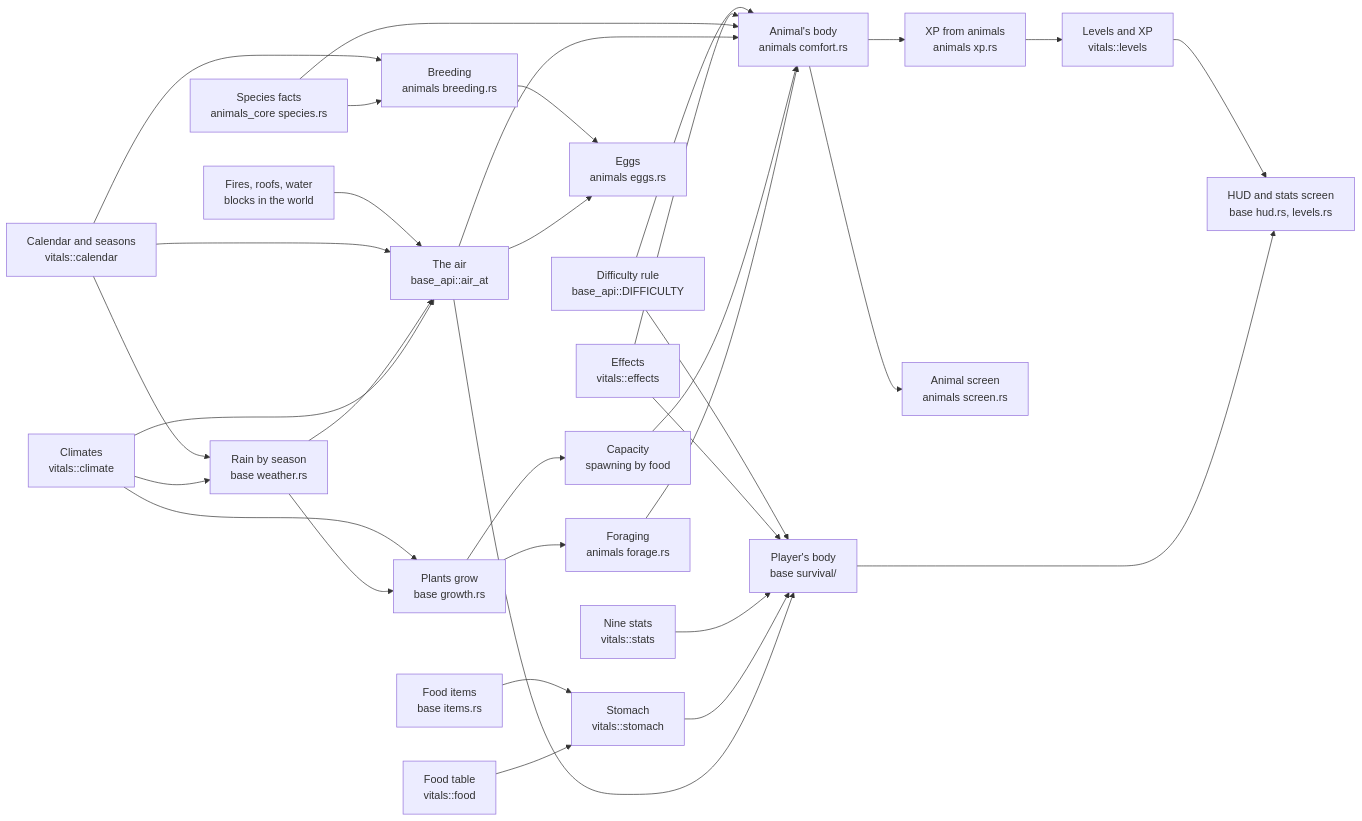
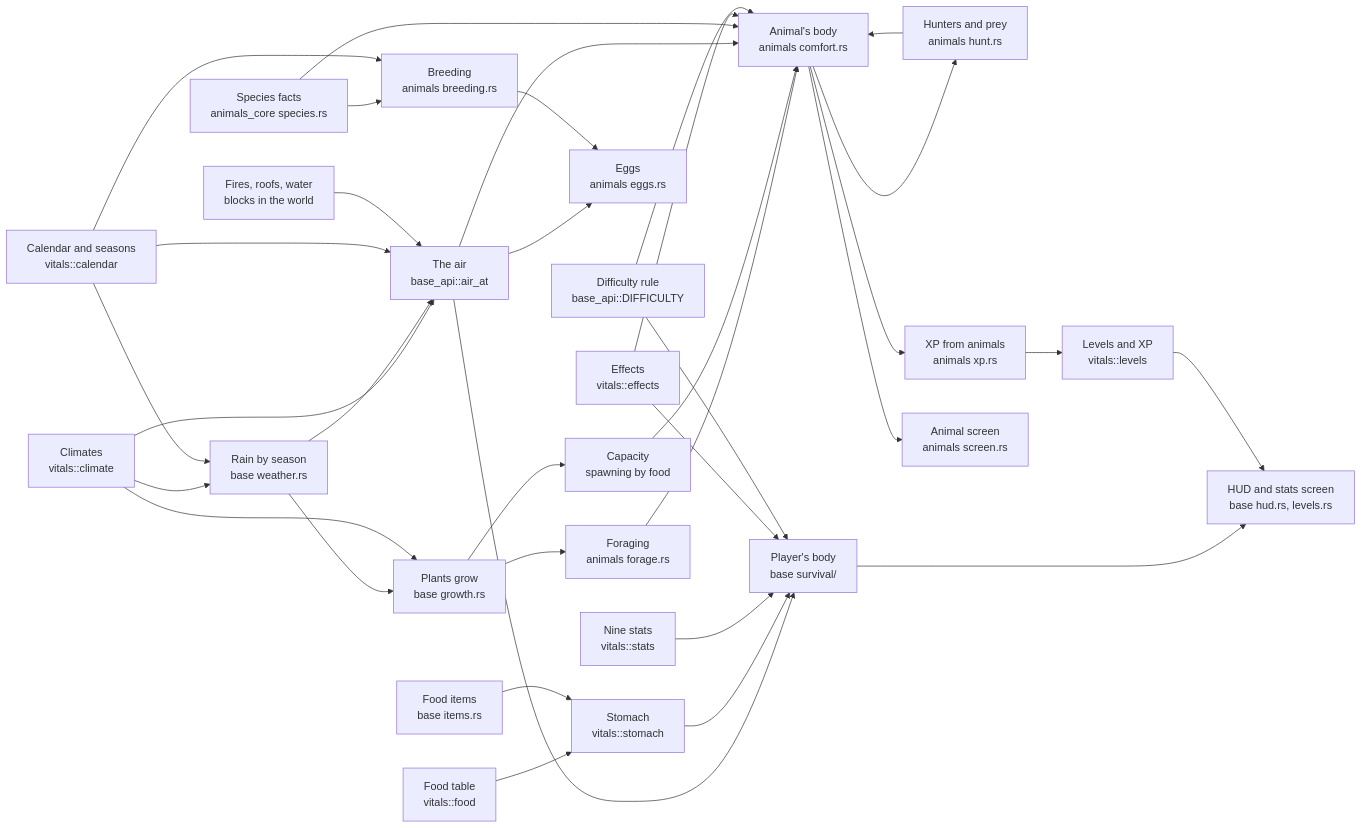
Before and after one commit to ronickg/chiacraft-weft: the diagram in notes/SYSTEMS.md, drawn with Mermaid. The commit also changed other lines of this file and 23 other files, not shown here.

First line of the commit message:
Hunters and prey, and browse where its trees grow

````diff
--- a/notes/SYSTEMS.md
+++ b/notes/SYSTEMS.md
@@ -12,34 +12,36 @@
 ```mermaid
 flowchart LR
   climate["Climates<br/>vitals::climate"] --> air["The air<br/>base_api::air_at"]
   climate --> weather["Rain by season<br/>base weather.rs"]
   calendar --> weather
   weather --> air
   weather --> plants["Plants grow<br/>base growth.rs"]
   climate --> plants
   plants --> forage["Foraging<br/>animals forage.rs"]
   forage --> animal
   plants --> capacity["Capacity<br/>spawning by food"]
+  animal --> hunting["Hunters and prey<br/>animals hunt.rs"]
+  hunting --> animal
   capacity --> animal
   calendar["Calendar and seasons<br/>vitals::calendar"] --> air
   fires["Fires, roofs, water<br/>blocks in the world"] --> air
   air --> player["Player's body<br/>base survival/"]
   air --> animal["Animal's body<br/>animals comfort.rs"]
   air --> eggs["Eggs<br/>animals eggs.rs"]
   food["Food table<br/>vitals::food"] --> stomach["Stomach<br/>vitals::stomach"]
   items["Food items<br/>base items.rs"] --> stomach
   stomach --> player
   stats["Nine stats<br/>vitals::stats"] --> player
   species["Species facts<br/>animals_core species.rs"] --> animal
   species --> breeding["Breeding<br/>animals breeding.rs"]
   calendar --> breeding
   breeding --> eggs
   effects["Effects<br/>vitals::effects"] --> player
   effects --> animal
   difficulty["Difficulty rule<br/>base_api::DIFFICULTY"] --> player
   difficulty --> animal
   player --> hud["HUD and stats screen<br/>base hud.rs, levels.rs"]
   levels["Levels and XP<br/>vitals::levels"] --> hud
   animal --> xp["XP from animals<br/>animals xp.rs"] --> levels
   animal --> screen["Animal screen<br/>animals screen.rs"]
 ```
````
